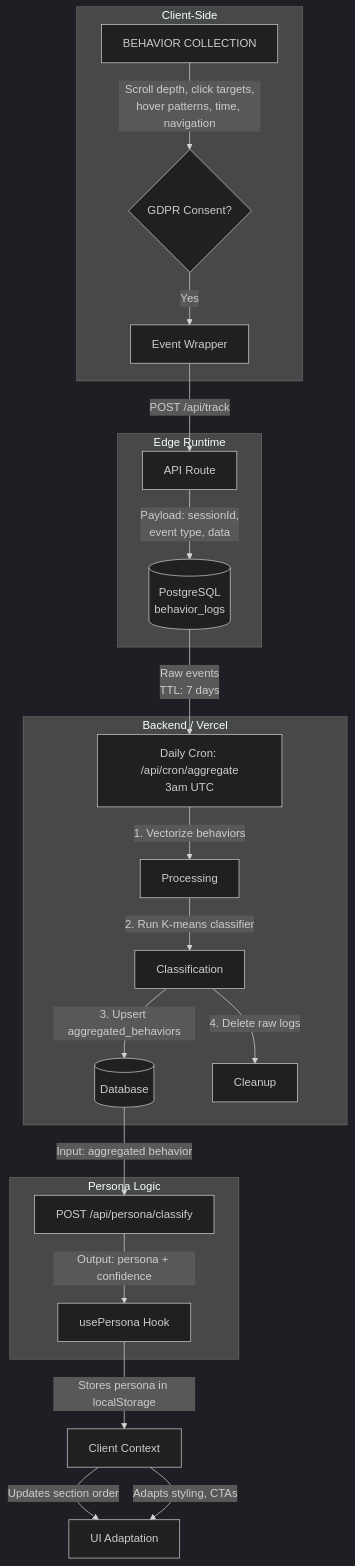
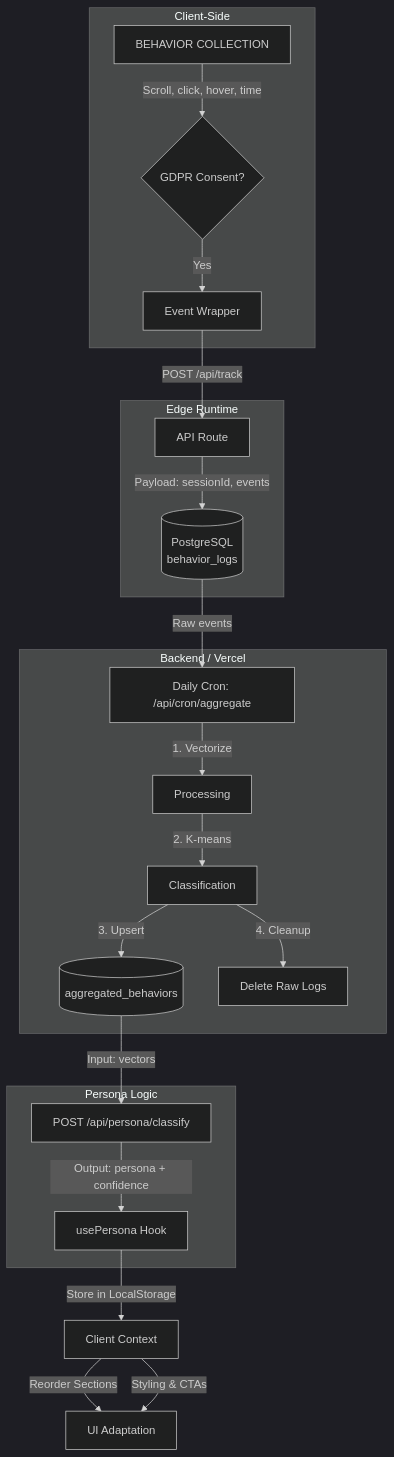
One commit to x-TheFox/portfolio changed the first of 8 diagrams in docs/architecture.md. Above: the diagram before and after it, drawn with Mermaid (dark theme). The commit also changed other lines of this file, not shown here.

First line of the commit message:
Revise architecture documentation with new diagrams

````diff
--- a/docs/architecture.md
+++ b/docs/architecture.md
@@ -34,30 +18,30 @@
 ```mermaid
 graph TD
     subgraph Client [Client-Side]
-        A[BEHAVIOR COLLECTION] -->|Scroll depth, click targets,<br>hover patterns, time, navigation| B{GDPR Consent?}
+        A[BEHAVIOR COLLECTION] -->|Scroll, click, hover, time| B{GDPR Consent?}
         B -->|Yes| C[Event Wrapper]
     end
 
     subgraph Edge [Edge Runtime]
         C -->|POST /api/track| D[API Route]
-        D -->|Payload: sessionId,<br>event type, data| E[(PostgreSQL<br>behavior_logs)]
+        D -->|Payload: sessionId, events| E[(PostgreSQL<br>behavior_logs)]
     end
 
     subgraph Backend [Backend / Vercel]
-        E -->|Raw events<br>TTL: 7 days| F[Daily Cron: /api/cron/aggregate<br>3am UTC]
+        E -->|Raw events| F[Daily Cron: /api/cron/aggregate]
         
-        F -->|1. Vectorize behaviors| G[Processing]
-        G -->|2. Run K-means classifier| H[Classification]
-        H -->|3. Upsert aggregated_behaviors| I[(Database)]
-        H -->|4. Delete raw logs| J[Cleanup]
+        F -->|1. Vectorize| G[Processing]
+        G -->|2. K-means| H[Classification]
+        H -->|3. Upsert| I[(aggregated_behaviors)]
+        H -->|4. Cleanup| J[Delete Raw Logs]
     end
 
     subgraph Persona_Logic [Persona Logic]
-        I -->|Input: aggregated behavior| K[POST /api/persona/classify]
+        I -->|Input: vectors| K[POST /api/persona/classify]
         K -->|Output: persona + confidence| L[usePersona Hook]
     end
 
-    L -->|Stores persona in localStorage| M[Client Context]
-    M -->|Updates section order| N[UI Adaptation]
-    M -->|Adapts styling, CTAs| N
+    L -->|Store in LocalStorage| M[Client Context]
+    M -->|Reorder Sections| N[UI Adaptation]
+    M -->|Styling & CTAs| N
 ```
````
